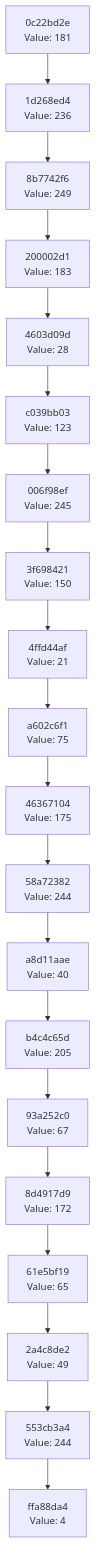
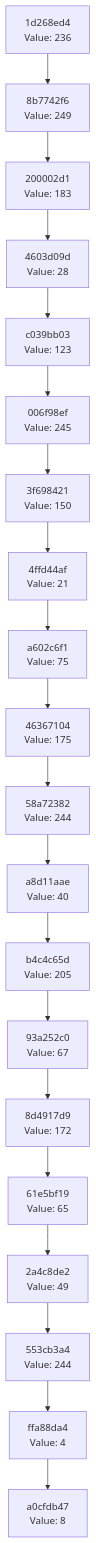
The diagram in docs/CHAIN_VISUALIZATION.md (Abhisheksinha1506/hash-chain-evolver), drawn with Mermaid before and after one commit. The commit also changed 2 other files, not shown here.

Commit message:
Evolution step: hash 0x08 → action executed

````diff
--- a/docs/CHAIN_VISUALIZATION.md
+++ b/docs/CHAIN_VISUALIZATION.md
@@ -3,42 +3,42 @@
 ```mermaid
 graph TD
-    C0["ffa88da4<br/>Value: 4"]
-    C1["553cb3a4<br/>Value: 244"]
+    C0["a0cfdb47<br/>Value: 8"]
+    C1["ffa88da4<br/>Value: 4"]
     C1 --> C0
-    C2["2a4c8de2<br/>Value: 49"]
+    C2["553cb3a4<br/>Value: 244"]
     C2 --> C1
-    C3["61e5bf19<br/>Value: 65"]
+    C3["2a4c8de2<br/>Value: 49"]
     C3 --> C2
-    C4["8d4917d9<br/>Value: 172"]
+    C4["61e5bf19<br/>Value: 65"]
     C4 --> C3
-    C5["93a252c0<br/>Value: 67"]
+    C5["8d4917d9<br/>Value: 172"]
     C5 --> C4
-    C6["b4c4c65d<br/>Value: 205"]
+    C6["93a252c0<br/>Value: 67"]
     C6 --> C5
-    C7["a8d11aae<br/>Value: 40"]
+    C7["b4c4c65d<br/>Value: 205"]
     C7 --> C6
-    C8["58a72382<br/>Value: 244"]
+    C8["a8d11aae<br/>Value: 40"]
     C8 --> C7
-    C9["46367104<br/>Value: 175"]
+    C9["58a72382<br/>Value: 244"]
     C9 --> C8
-    C10["a602c6f1<br/>Value: 75"]
+    C10["46367104<br/>Value: 175"]
     C10 --> C9
-    C11["4ffd44af<br/>Value: 21"]
+    C11["a602c6f1<br/>Value: 75"]
     C11 --> C10
-    C12["3f698421<br/>Value: 150"]
+    C12["4ffd44af<br/>Value: 21"]
     C12 --> C11
-    C13["006f98ef<br/>Value: 245"]
+    C13["3f698421<br/>Value: 150"]
     C13 --> C12
-    C14["c039bb03<br/>Value: 123"]
+    C14["006f98ef<br/>Value: 245"]
     C14 --> C13
-    C15["4603d09d<br/>Value: 28"]
+    C15["c039bb03<br/>Value: 123"]
     C15 --> C14
-    C16["200002d1<br/>Value: 183"]
+    C16["4603d09d<br/>Value: 28"]
     C16 --> C15
-    C17["8b7742f6<br/>Value: 249"]
+    C17["200002d1<br/>Value: 183"]
     C17 --> C16
-    C18["1d268ed4<br/>Value: 236"]
+    C18["8b7742f6<br/>Value: 249"]
     C18 --> C17
-    C19["0c22bd2e<br/>Value: 181"]
+    C19["1d268ed4<br/>Value: 236"]
     C19 --> C18
 ```
````
